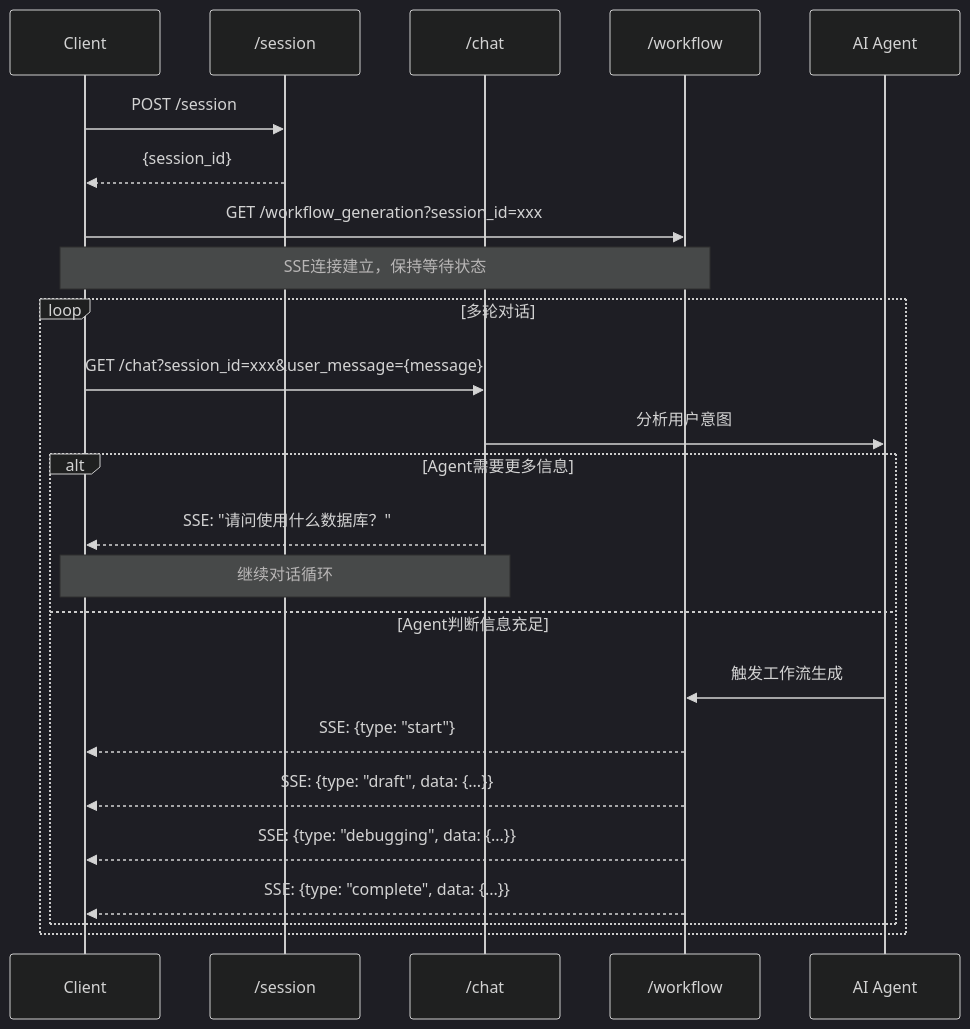
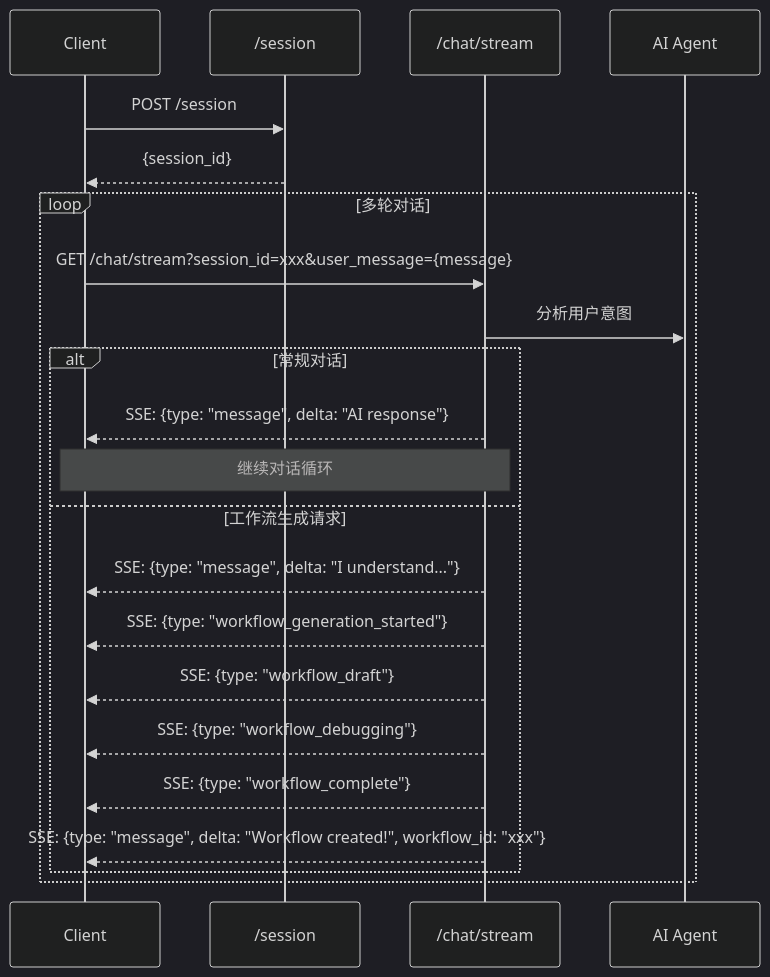
Before and after one commit to CurvatureX/agent_team_monorepo: the diagram in apps/backend/api-gateway/docs/API_DOC.md, drawn with Mermaid (dark theme). The commit also changed other lines of this file and 37 other files, not shown here.

````diff
--- a/apps/backend/api-gateway/docs/API_DOC.md
+++ b/apps/backend/api-gateway/docs/API_DOC.md
@@ -101,32 +121,27 @@
 ```mermaid
 sequenceDiagram
     participant Client
     participant Session as /session
-    participant Chat as /chat
-    participant Workflow as /workflow
+    participant Chat as /chat/stream
     participant Agent as AI Agent
 
     Client->>Session: POST /session
     Session-->>Client: {session_id}
 
-    Client->>Workflow: GET /workflow_generation?session_id=xxx
-    Note over Client,Workflow: SSE连接建立，保持等待状态
-
     loop 多轮对话
-        Client->>Chat: GET /chat?session_id=xxx&user_message={message}
+        Client->>Chat: GET /chat/stream?session_id=xxx&user_message={message}
         Chat->>Agent: 分析用户意图
 
-        alt Agent需要更多信息
-            Chat-->>Client: SSE: "请问使用什么数据库？"
+        alt 常规对话
+            Chat-->>Client: SSE: {type: "message", delta: "AI response"}
             Note over Client,Chat: 继续对话循环
-        else Agent判断信息充足
-
-                Agent->>Workflow: 触发工作流生成
-                Workflow-->>Client: SSE: {type: "start"}
-                Workflow-->>Client: SSE: {type: "draft", data: {...}}
-                Workflow-->>Client: SSE: {type: "debugging", data: {...}}
-                Workflow-->>Client: SSE: {type: "complete", data: {...}}
+        else 工作流生成请求
+            Chat-->>Client: SSE: {type: "message", delta: "I understand..."}
+            Chat-->>Client: SSE: {type: "workflow_generation_started"}
+            Chat-->>Client: SSE: {type: "workflow_draft"}
+            Chat-->>Client: SSE: {type: "workflow_debugging"}
+            Chat-->>Client: SSE: {type: "workflow_complete"}
+            Chat-->>Client: SSE: {type: "message", delta: "Workflow created!", workflow_id: "xxx"}
         end
     end
-
 ```
````
